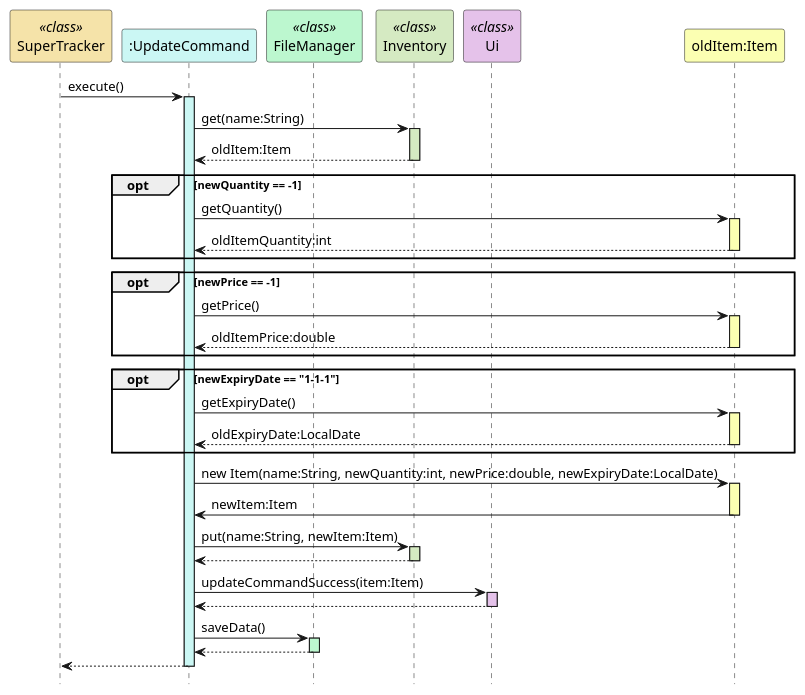
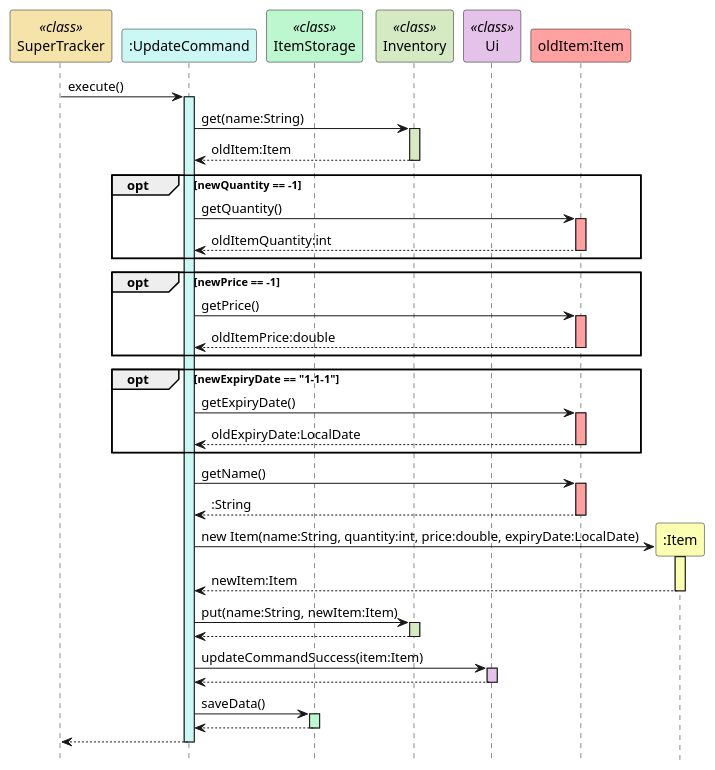
Before and after one commit to rismm/tp: the second of 2 diagrams in docs/uml-diagrams/UpdateCommand.puml, drawn with PlantUML. The commit also changed other lines of this file and 19 other files, not shown here.

```diff
--- a/docs/uml-diagrams/UpdateCommand.puml
+++ b/docs/uml-diagrams/UpdateCommand.puml
@@ -63,62 +67,67 @@
 @startuml
 hide footbox
 participant "SuperTracker" as SuperTracker <<class>> #f5e3a9
 participant ":UpdateCommand" as UpdateCommand #cbf7f4
-participant "FileManager" as FileManager <<class>> #bcf7cf
+participant "ItemStorage" as ItemStorage <<class>> #bcf7cf
 participant "Inventory" as Inventory <<class>> #d5eac2
 participant "Ui" as Ui <<class>> #e5c2ea
-participant "oldItem:Item" as Item #fbffb2
+participant "oldItem:Item" as oldItem #ffa1a1
+participant ":Item" as Item #fbffb2
 
 SuperTracker -> UpdateCommand : execute()
 activate UpdateCommand #cbf7f4
 
 UpdateCommand -> Inventory : get(name:String)
 activate Inventory #d5eac2
 Inventory --> UpdateCommand : oldItem:Item
 deactivate Inventory
 
 opt newQuantity == -1
-    UpdateCommand -> Item: getQuantity()
-    activate Item #fbffb2
-    Item --> UpdateCommand: oldItemQuantity:int
-    deactivate Item
+    UpdateCommand -> oldItem: getQuantity()
+    activate oldItem #ffa1a1
+    oldItem --> UpdateCommand: oldItemQuantity:int
+    deactivate oldItem
 end
 
 opt newPrice == -1
-    UpdateCommand -> Item: getPrice()
-    activate Item #fbffb2
-    Item --> UpdateCommand: oldItemPrice:double
-    deactivate Item
+    UpdateCommand -> oldItem: getPrice()
+    activate oldItem #ffa1a1
+    oldItem --> UpdateCommand: oldItemPrice:double
+    deactivate oldItem
 end
 
 opt newExpiryDate == "1-1-1"
-    UpdateCommand -> Item: getExpiryDate()
-    activate Item #fbffb2
-    Item --> UpdateCommand: oldExpiryDate:LocalDate
-    deactivate Item
+    UpdateCommand -> oldItem: getExpiryDate()
+    activate oldItem #ffa1a1
+    oldItem --> UpdateCommand: oldExpiryDate:LocalDate
+    deactivate oldItem
 end
 
-UpdateCommand -> Item : new Item(name:String, newQuantity:int, newPrice:double, newExpiryDate:LocalDate)
+UpdateCommand -> oldItem: getName()
+activate oldItem #ffa1a1
+oldItem --> UpdateCommand: :String
+deactivate oldItem
+
+UpdateCommand -> Item ** : new Item(name:String, quantity:int, price:double, expiryDate:LocalDate)
 activate Item #fbffb2
-Item -> UpdateCommand : newItem:Item
+Item --> UpdateCommand : newItem:Item
 deactivate Item
-
 
 UpdateCommand -> Inventory : put(name:String, newItem:Item)
 activate Inventory #d5eac2
 Inventory --> UpdateCommand
 deactivate Inventory
 
 UpdateCommand -> Ui : updateCommandSuccess(item:Item)
 activate Ui #e5c2ea
 Ui --> UpdateCommand
 deactivate Ui
 
-UpdateCommand -> FileManager : saveData()
-activate FileManager #bcf7cf
-FileManager --> UpdateCommand
-deactivate FileManager
+UpdateCommand -> ItemStorage : saveData()
+activate ItemStorage #bcf7cf
+ItemStorage --> UpdateCommand
+deactivate ItemStorage
 
 UpdateCommand --> SuperTracker
 deactivate UpdateCommand
 @enduml
```
